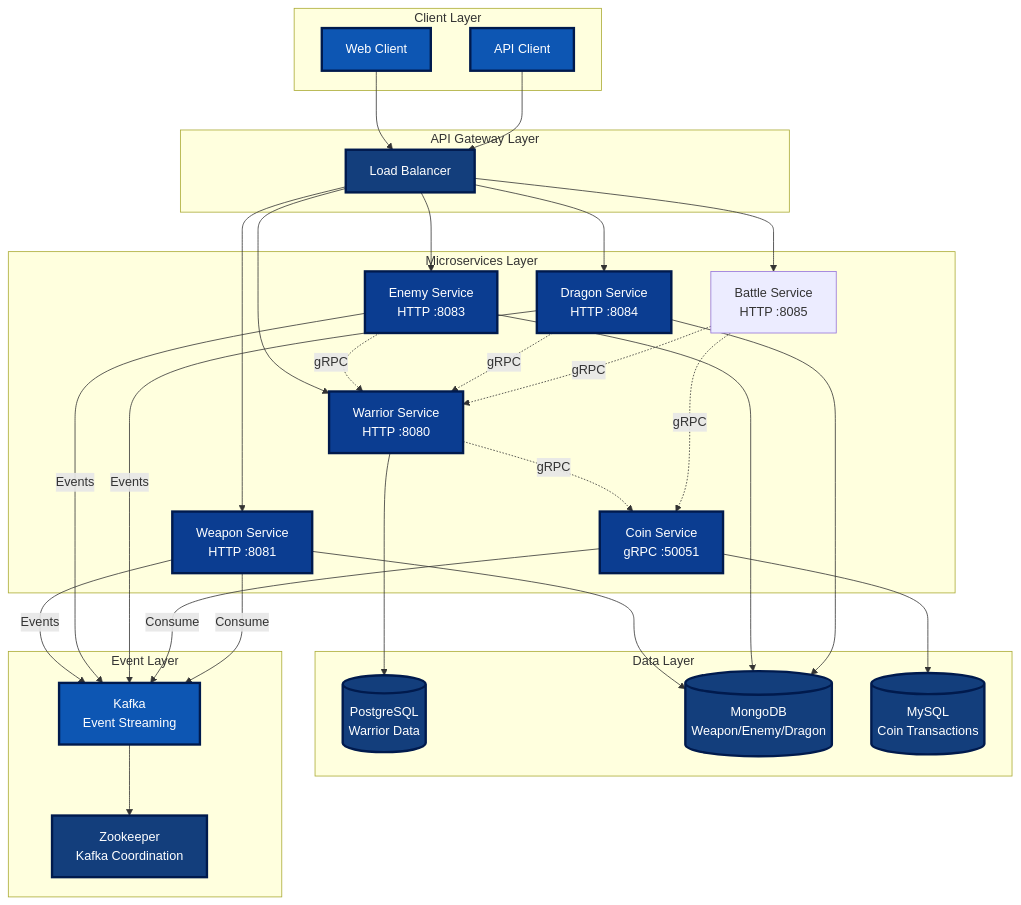
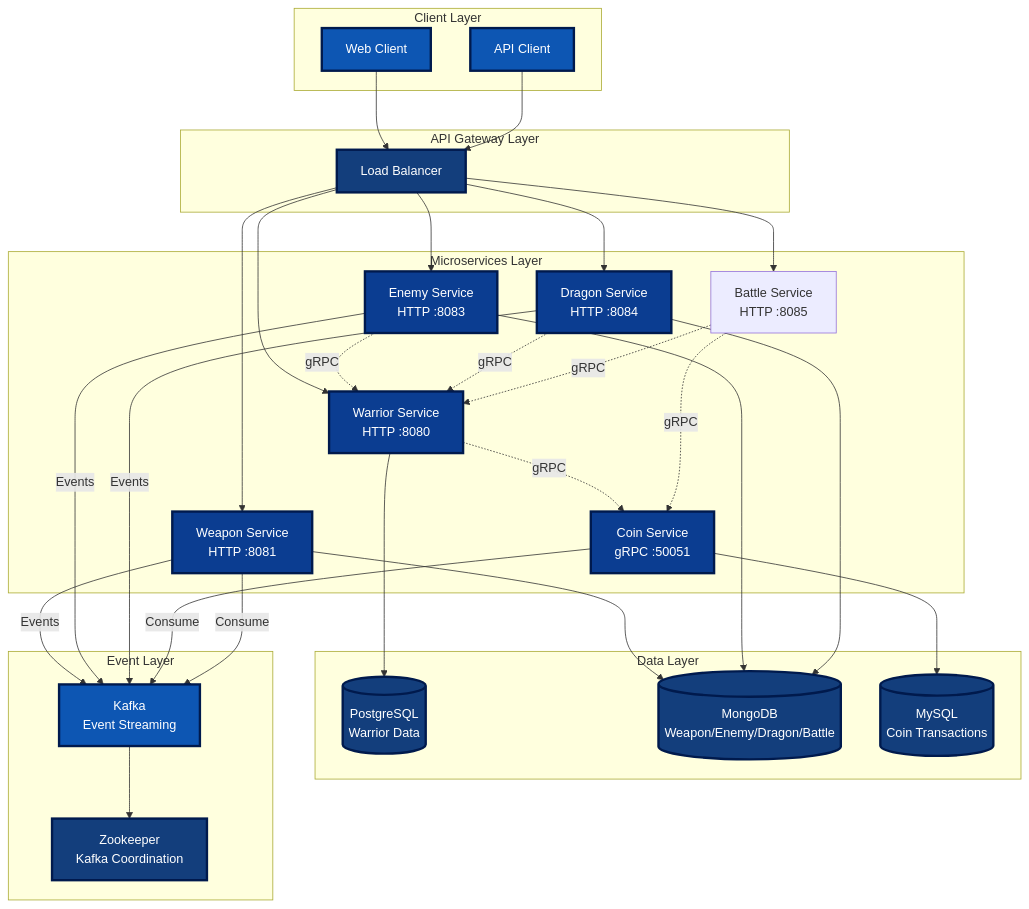
The first of 12 diagrams in README.md (tiraten-bot/network-sec-micro), drawn with Mermaid before and after one commit.

Commit message:
Update README to reflect changes in MongoDB data layer, adding 'Battle' to the Weapon/Enemy/Dragon entry for improved accuracy in architecture diagram.

````diff
--- a/README.md
+++ b/README.md
@@ -7,73 +7,73 @@
 ```mermaid
 graph TB
     subgraph "Client Layer"
         WEB[Web Client]
         API[API Client]
     end
     
     subgraph "API Gateway Layer"
         LB[Load Balancer]
     end
     
     subgraph "Microservices Layer"
         W[Warrior Service<br/>HTTP :8080]
         WP[Weapon Service<br/>HTTP :8081]
         C[Coin Service<br/>gRPC :50051]
         E[Enemy Service<br/>HTTP :8083]
         D[Dragon Service<br/>HTTP :8084]
         B[Battle Service<br/>HTTP :8085]
     end
     
     subgraph "Data Layer"
         PG[(PostgreSQL<br/>Warrior Data)]
-        MG[(MongoDB<br/>Weapon/Enemy/Dragon)]
+        MG[(MongoDB<br/>Weapon/Enemy/Dragon/Battle)]
         MY[(MySQL<br/>Coin Transactions)]
     end
     
     subgraph "Event Layer"
         K[Kafka<br/>Event Streaming]
         Z[Zookeeper<br/>Kafka Coordination]
     end
     
     WEB --> LB
     API --> LB
     LB --> W
     LB --> WP
     LB --> E
     LB --> D
     LB --> B
     
     W -.->|gRPC| C
     E -.->|gRPC| W
     D -.->|gRPC| W
     B -.->|gRPC| W
     B -.->|gRPC| C
     
     W --> PG
     WP --> MG
     E --> MG
     D --> MG
     C --> MY
     
     WP -->|Events| K
     E -->|Events| K
     D -->|Events| K
     C -->|Consume| K
     WP -->|Consume| K
     
     K --> Z
     
     style WEB fill:#0d56b3,stroke:#001a4d,stroke-width:3px,color:#ffffff
     style API fill:#0d56b3,stroke:#001a4d,stroke-width:3px,color:#ffffff
     style LB fill:#133e7c,stroke:#001a4d,stroke-width:3px,color:#ffffff
     style W fill:#0b3d91,stroke:#001a4d,stroke-width:3px,color:#ffffff
     style WP fill:#0b3d91,stroke:#001a4d,stroke-width:3px,color:#ffffff
     style C fill:#0b3d91,stroke:#001a4d,stroke-width:3px,color:#ffffff
     style E fill:#0b3d91,stroke:#001a4d,stroke-width:3px,color:#ffffff
     style D fill:#0b3d91,stroke:#001a4d,stroke-width:3px,color:#ffffff
     style PG fill:#133e7c,stroke:#001a4d,stroke-width:3px,color:#ffffff
     style MG fill:#133e7c,stroke:#001a4d,stroke-width:3px,color:#ffffff
     style MY fill:#133e7c,stroke:#001a4d,stroke-width:3px,color:#ffffff
     style K fill:#0d56b3,stroke:#001a4d,stroke-width:3px,color:#ffffff
     style Z fill:#133e7c,stroke:#001a4d,stroke-width:3px,color:#ffffff
 ```
````
